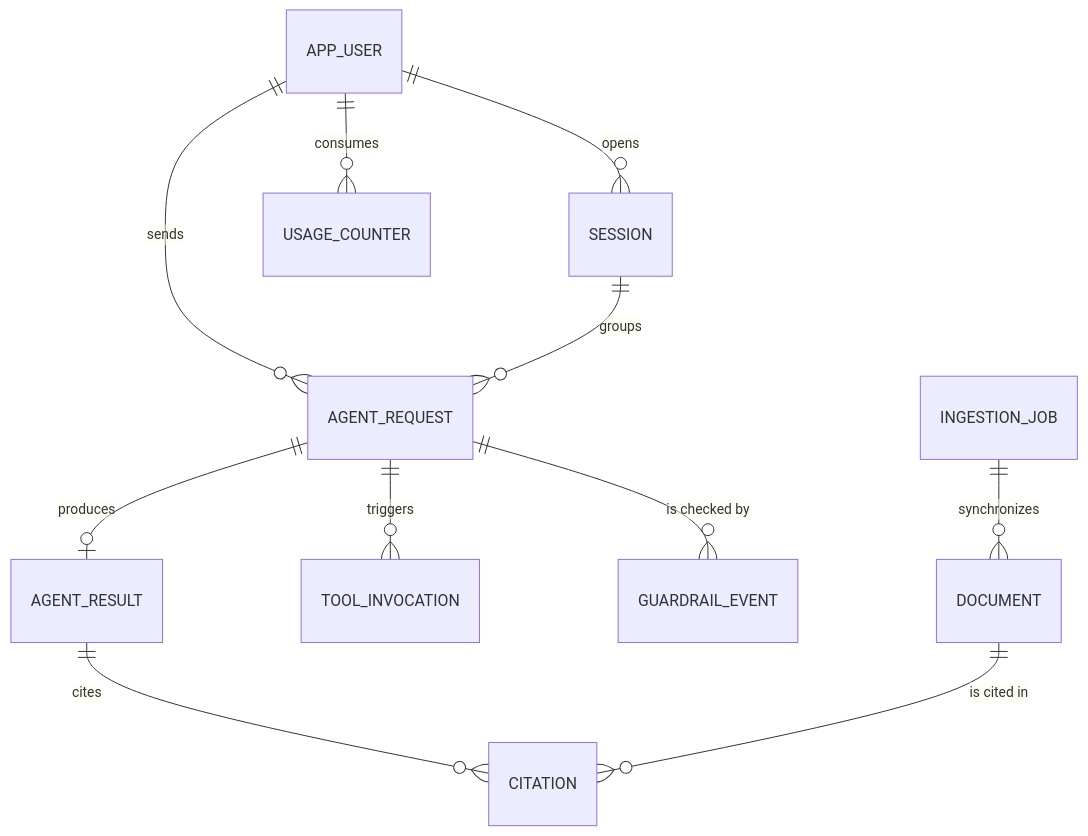
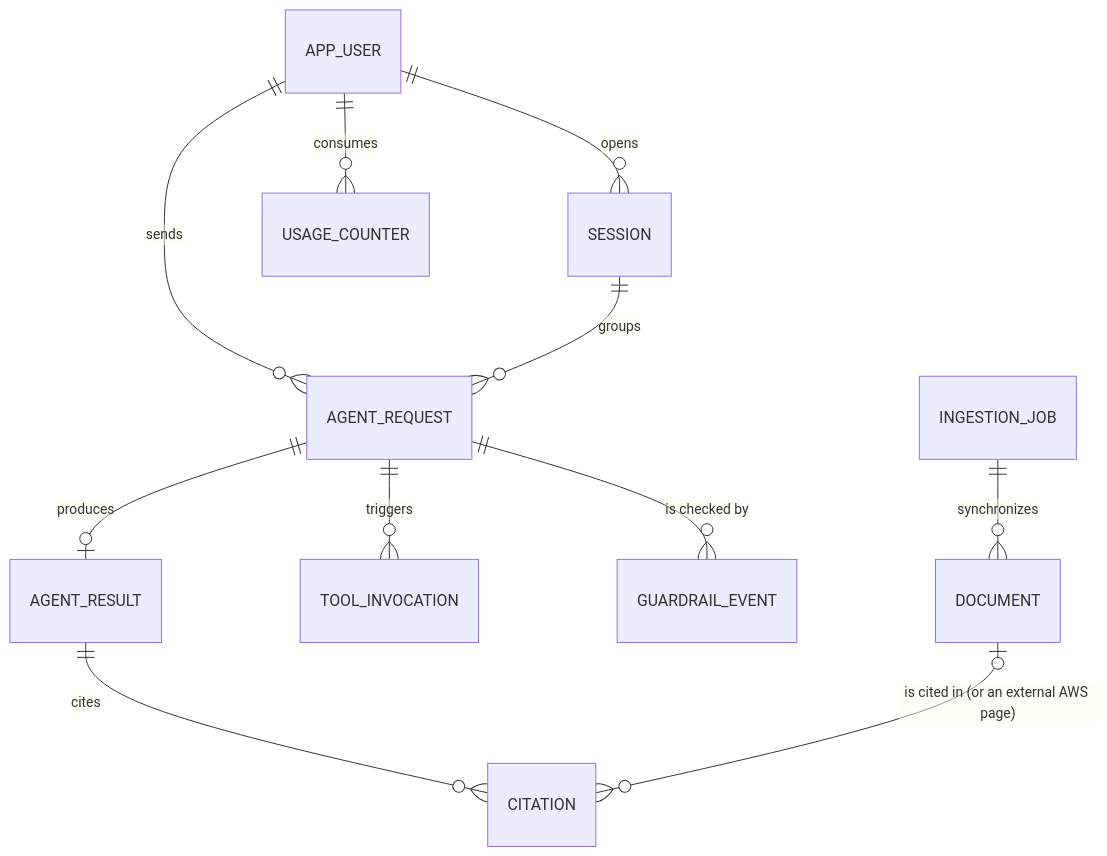
The diagram in docs/entity_model.md (mauc-agentic/spec-to-runtime-aws), drawn with Mermaid before and after one commit. The commit also changed other lines of this file and 7 other files, not shown here.

````diff
--- a/docs/entity_model.md
+++ b/docs/entity_model.md
@@ -7,13 +7,13 @@
 ```mermaid
 erDiagram
     APP_USER ||--o{ SESSION : "opens"
     APP_USER ||--o{ AGENT_REQUEST : "sends"
     APP_USER ||--o{ USAGE_COUNTER : "consumes"
     SESSION ||--o{ AGENT_REQUEST : "groups"
     AGENT_REQUEST ||--o| AGENT_RESULT : "produces"
     AGENT_REQUEST ||--o{ TOOL_INVOCATION : "triggers"
     AGENT_REQUEST ||--o{ GUARDRAIL_EVENT : "is checked by"
     AGENT_RESULT ||--o{ CITATION : "cites"
-    DOCUMENT ||--o{ CITATION : "is cited in"
+    DOCUMENT |o--o{ CITATION : "is cited in (or an external AWS page)"
     INGESTION_JOB ||--o{ DOCUMENT : "synchronizes"
 ```
````
